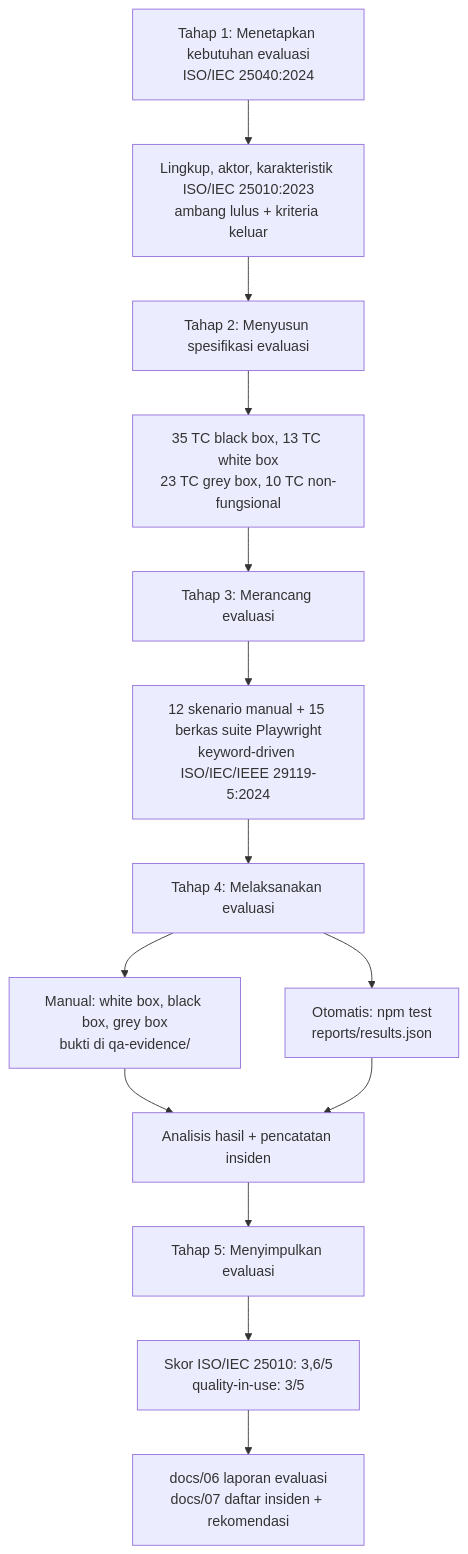
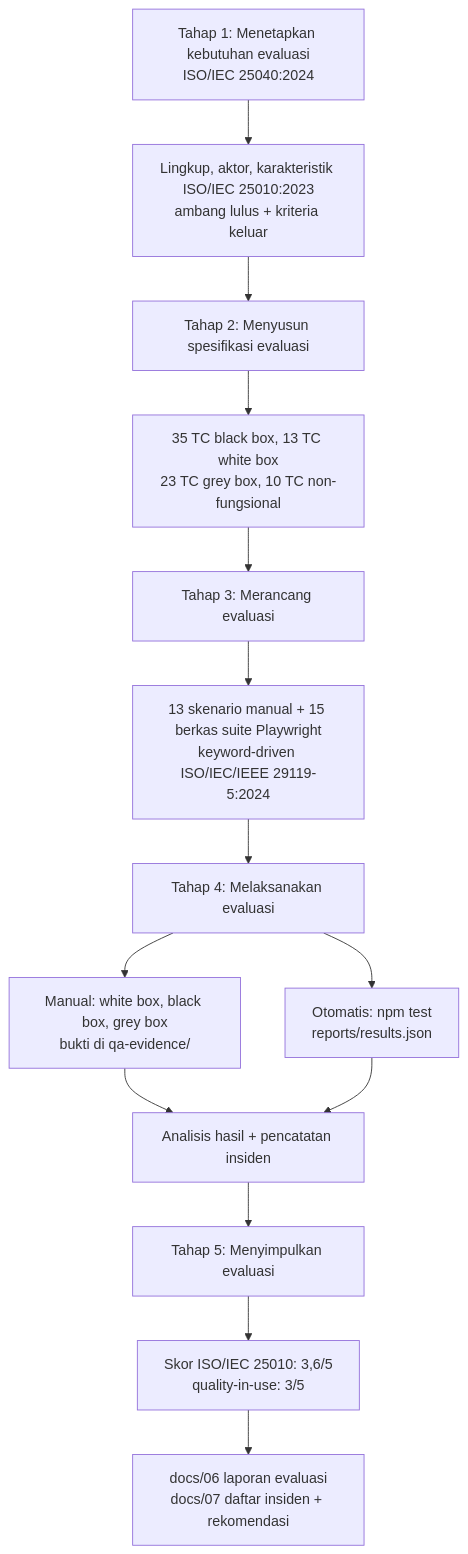
The diagram in diagrams/01-alur-pengujian.mmd (ilhamnovriadi/TugasAkhirQA), drawn with Mermaid before and after one commit. The commit also changed 8 other files, not shown here.

First line of the commit message:
Selaraskan angka hasil, tanggal eksekusi, dan diagram pengujian

```diff
--- a/diagrams/01-alur-pengujian.mmd
+++ b/diagrams/01-alur-pengujian.mmd
@@ -1,14 +1,14 @@
 flowchart TD
     F1["Tahap 1: Menetapkan kebutuhan evaluasi<br/>ISO/IEC 25040:2024"] --> O1["Lingkup, aktor, karakteristik ISO/IEC 25010:2023<br/>ambang lulus + kriteria keluar"]
     O1 --> F2["Tahap 2: Menyusun spesifikasi evaluasi"]
     F2 --> O2["35 TC black box, 13 TC white box<br/>23 TC grey box, 10 TC non-fungsional"]
     O2 --> F3["Tahap 3: Merancang evaluasi"]
-    F3 --> O3["12 skenario manual + 15 berkas suite Playwright<br/>keyword-driven ISO/IEC/IEEE 29119-5:2024"]
+    F3 --> O3["13 skenario manual + 15 berkas suite Playwright<br/>keyword-driven ISO/IEC/IEEE 29119-5:2024"]
     O3 --> F4["Tahap 4: Melaksanakan evaluasi"]
     F4 --> M["Manual: white box, black box, grey box<br/>bukti di qa-evidence/"]
     F4 --> A["Otomatis: npm test<br/>reports/results.json"]
     M --> AN["Analisis hasil + pencatatan insiden"]
     A --> AN
     AN --> F5["Tahap 5: Menyimpulkan evaluasi"]
     F5 --> O5["Skor ISO/IEC 25010: 3,6/5<br/>quality-in-use: 3/5"]
     O5 --> L["docs/06 laporan evaluasi<br/>docs/07 daftar insiden + rekomendasi"]
```
